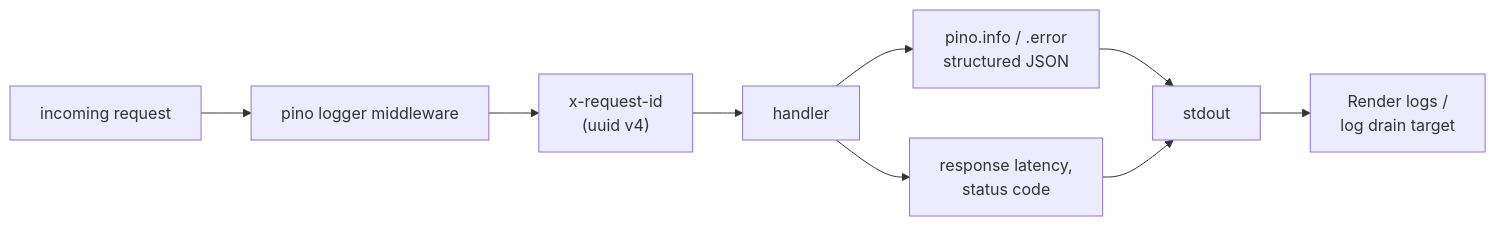
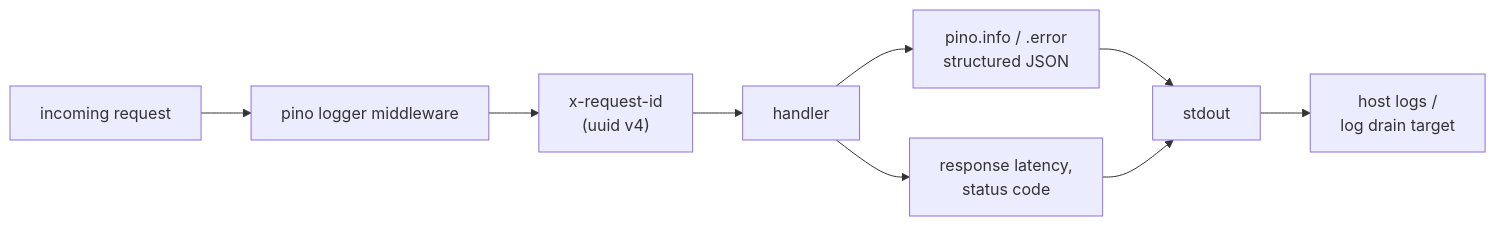
Diagram 26 of 26 in DOCUMENTATION.md (nishant-uxs/krydo-stellar), drawn with Mermaid before and after one commit. The commit also changed other lines of this file and 2 other files, not shown here.

Commit message:
Align README and docs with wallet-signed Soroban flows.

````diff
--- a/DOCUMENTATION.md
+++ b/DOCUMENTATION.md
@@ -892,11 +898,11 @@
 ```mermaid
 flowchart LR
     REQ["incoming request"] --> MW["pino logger middleware"]
     MW --> RID["x-request-id<br/>(uuid v4)"]
     RID --> HNDL["handler"]
     HNDL --> LOG["pino.info / .error<br/>structured JSON"]
     LOG --> STDOUT["stdout"]
-    STDOUT --> PF["Render logs /<br/>log drain target"]
+    STDOUT --> PF["host logs /<br/>log drain target"]
     HNDL --> METRIC["response latency,<br/>status code"]
     METRIC --> STDOUT
 ```
````
